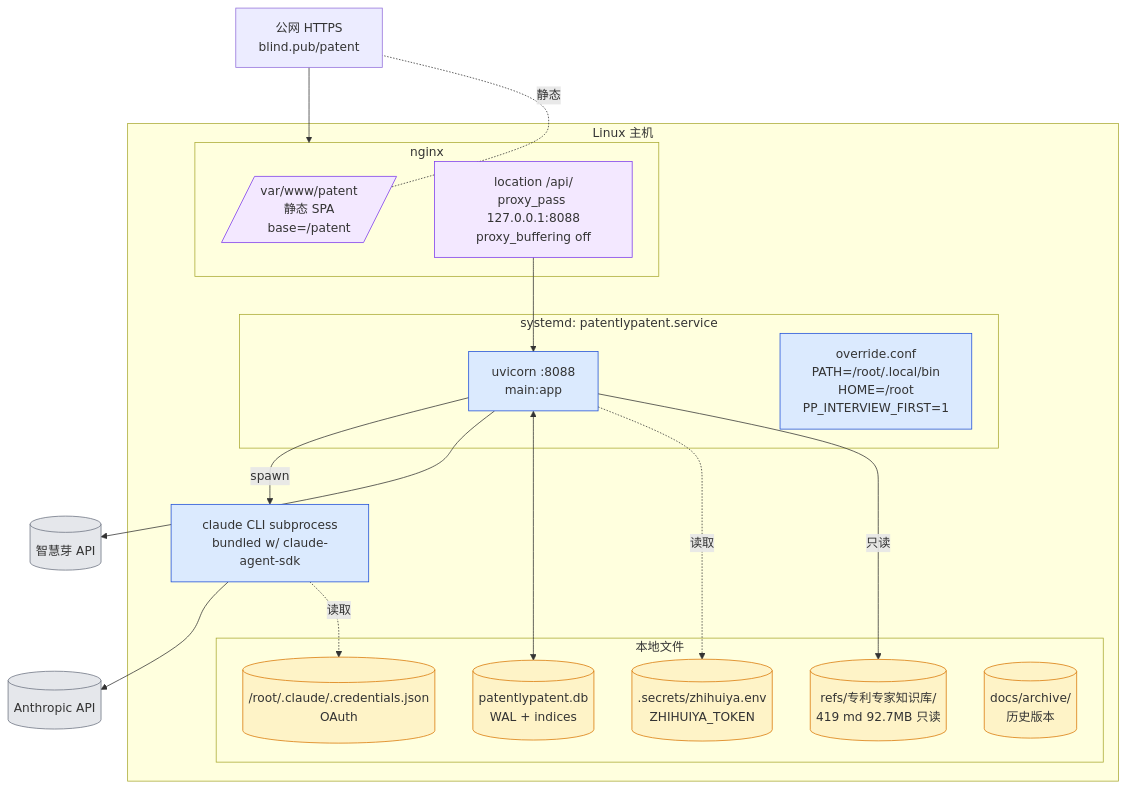
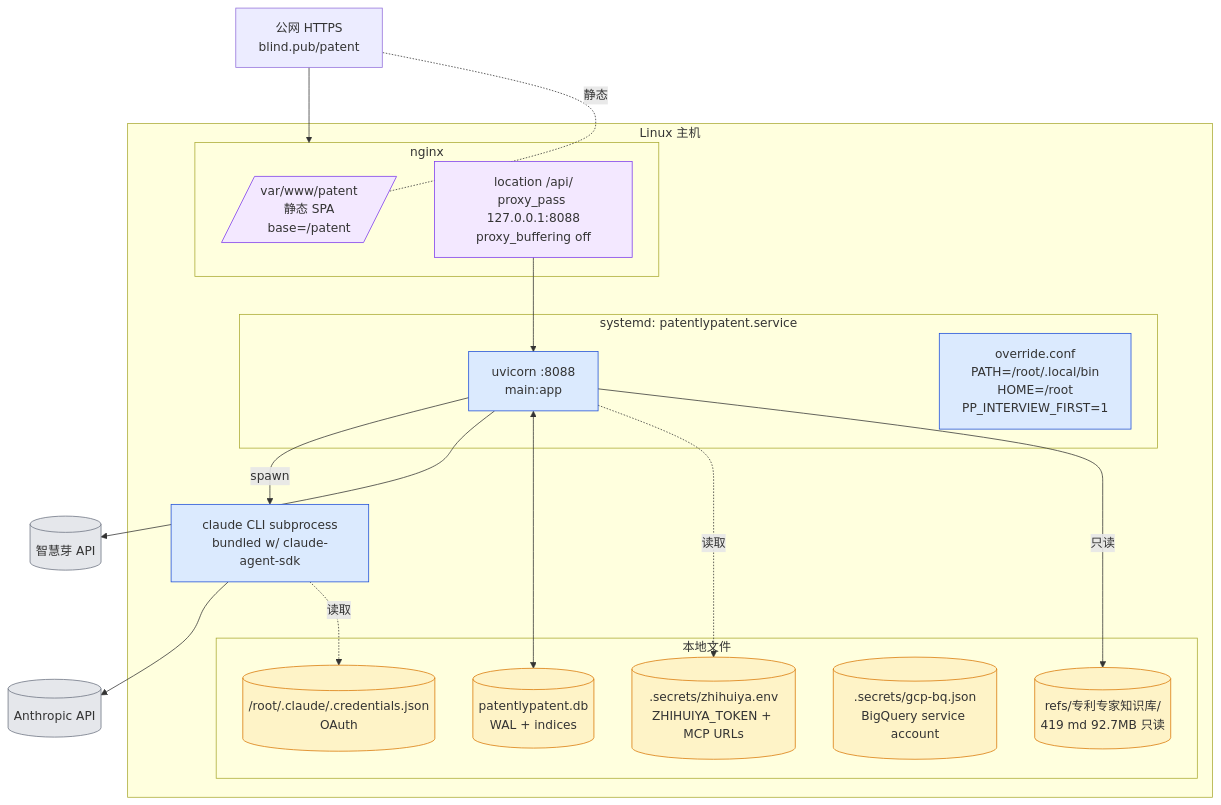
Before and after one commit to ChuangLee/PatentlyPatent: diagram 11 of 12 in docs/hld.md, drawn with Mermaid. The commit also changed other lines of this file and 22 other files, not shown here.

First line of the commit message:
feat: v0.38 — 智慧芽托管 MCP + BigQuery 降级 + 自动开始挖掘

````diff
--- a/docs/hld.md
+++ b/docs/hld.md
@@ -626,45 +690,45 @@
 ```mermaid
 graph TB
     classDef ng fill:#f3e8ff,stroke:#7c3aed
     classDef sd fill:#dbeafe,stroke:#1d4ed8
     classDef fs fill:#fef3c7,stroke:#d97706
     classDef ext fill:#e5e7eb,stroke:#6b7280
 
     NET[公网 HTTPS<br/>blind.pub/patent]
 
     subgraph Server[Linux 主机]
         subgraph Nginx[nginx]
             NG_STATIC[/var/www/patent<br/>静态 SPA<br/>base=/patent/]:::ng
             NG_PROXY[location /api/<br/>proxy_pass 127.0.0.1:8088<br/>proxy_buffering off]:::ng
         end
 
         subgraph Systemd[systemd: patentlypatent.service]
             UVICORN[uvicorn :8088<br/>main:app]:::sd
             OVERRIDE[override.conf<br/>PATH=/root/.local/bin<br/>HOME=/root<br/>PP_INTERVIEW_FIRST=1]:::sd
         end
 
         subgraph FsLayer[本地文件]
             DBF[(patentlypatent.db<br/>WAL + indices)]:::fs
             CRED[(/root/.claude/.credentials.json<br/>OAuth)]:::fs
-            SECRETS[(.secrets/zhihuiya.env<br/>ZHIHUIYA_TOKEN)]:::fs
+            SECRETS[(.secrets/zhihuiya.env<br/>ZHIHUIYA_TOKEN + MCP URLs)]:::fs
+            GCP[(.secrets/gcp-bq.json<br/>BigQuery service account)]:::fs
             KBR[(refs/专利专家知识库/<br/>419 md 92.7MB 只读)]:::fs
-            ARCHIVE[(docs/archive/<br/>历史版本)]:::fs
         end
 
         CLI_SUB[claude CLI subprocess<br/>bundled w/ claude-agent-sdk]:::sd
     end
 
     ANTH[(Anthropic API)]:::ext
     ZHY[(智慧芽 API)]:::ext
 
     NET --> Nginx
     NG_STATIC -.静态.- NET
     NG_PROXY --> UVICORN
     UVICORN -- spawn --> CLI_SUB
     CLI_SUB --> ANTH
     UVICORN --> ZHY
     UVICORN <--> DBF
     CLI_SUB -.读取.-> CRED
     UVICORN -.读取.-> SECRETS
     UVICORN -- 只读 --> KBR
 ```
````
